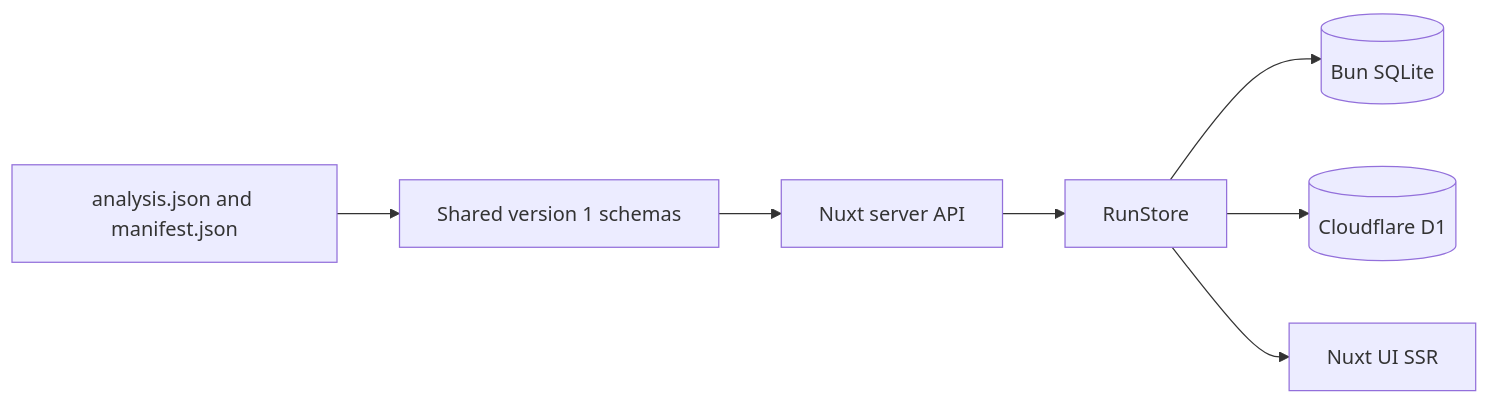
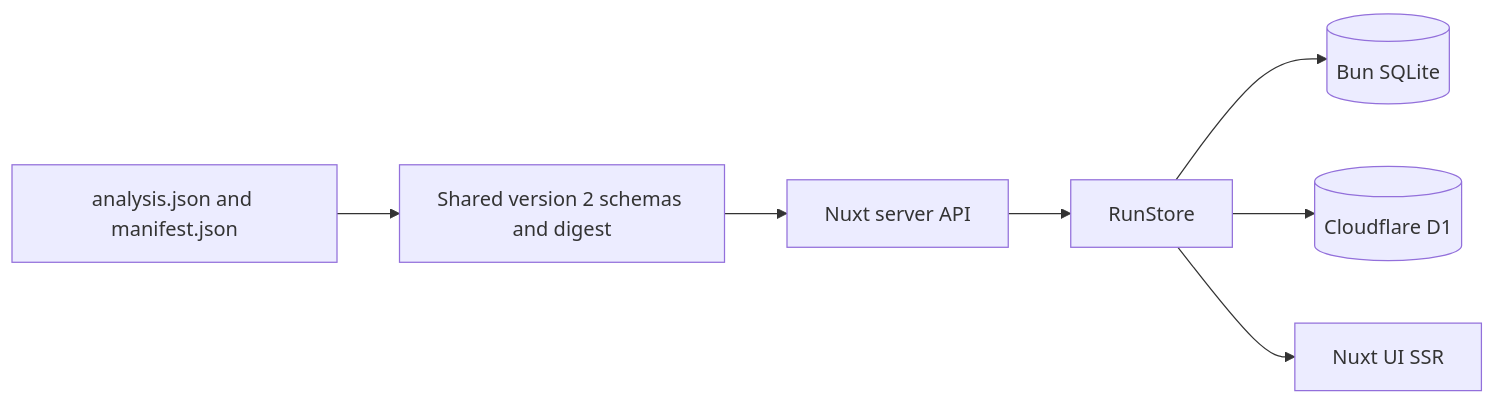
The sixth of 7 diagrams in docs/ARCHITECTURE.md (jchu96/frame-of-mind), drawn with Mermaid before and after one commit. The commit also changed other lines of this file and 62 other files, not shown here.

````diff
--- a/docs/ARCHITECTURE.md
+++ b/docs/ARCHITECTURE.md
@@ -498,15 +533,15 @@
 ```mermaid
 flowchart LR
     Bundle[analysis.json and manifest.json]
-    Validator[Shared version 1 schemas]
+    Validator[Shared version 2 schemas and digest]
     API[Nuxt server API]
     Contract[RunStore]
     SQLite[(Bun SQLite)]
     D1[(Cloudflare D1)]
     UI[Nuxt UI SSR]
 
     Bundle --> Validator --> API --> Contract
     Contract --> SQLite
     Contract --> D1
     Contract --> UI
 ```
````
